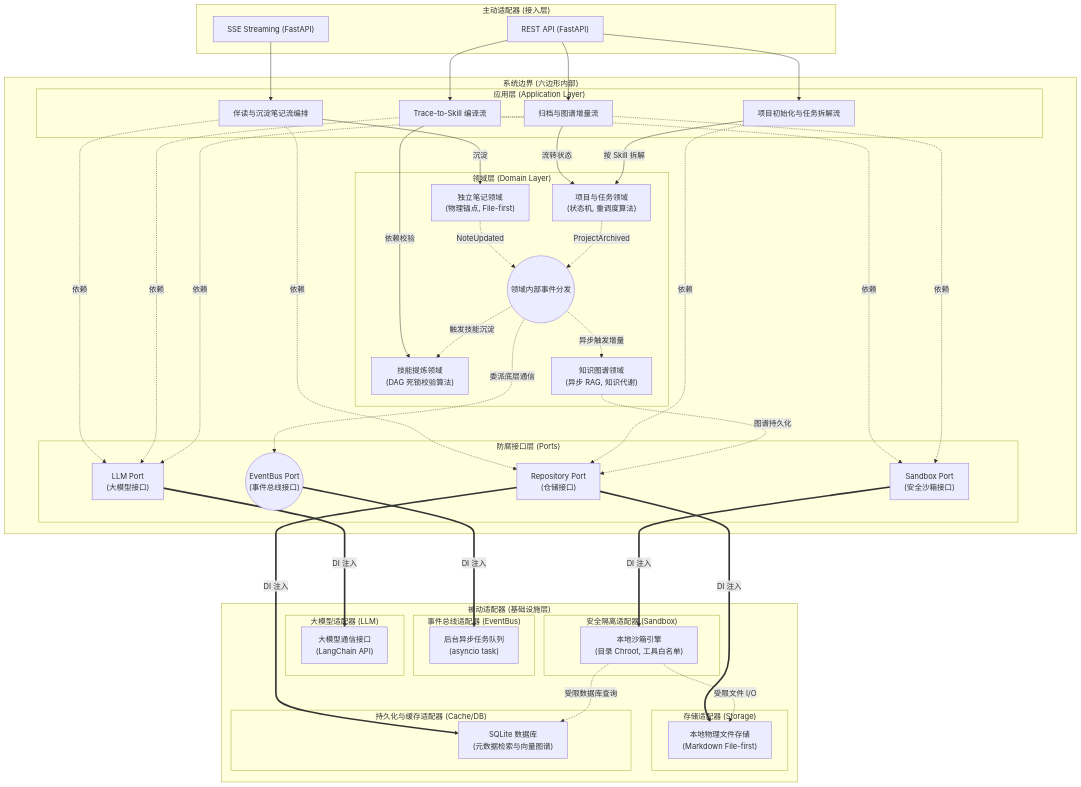
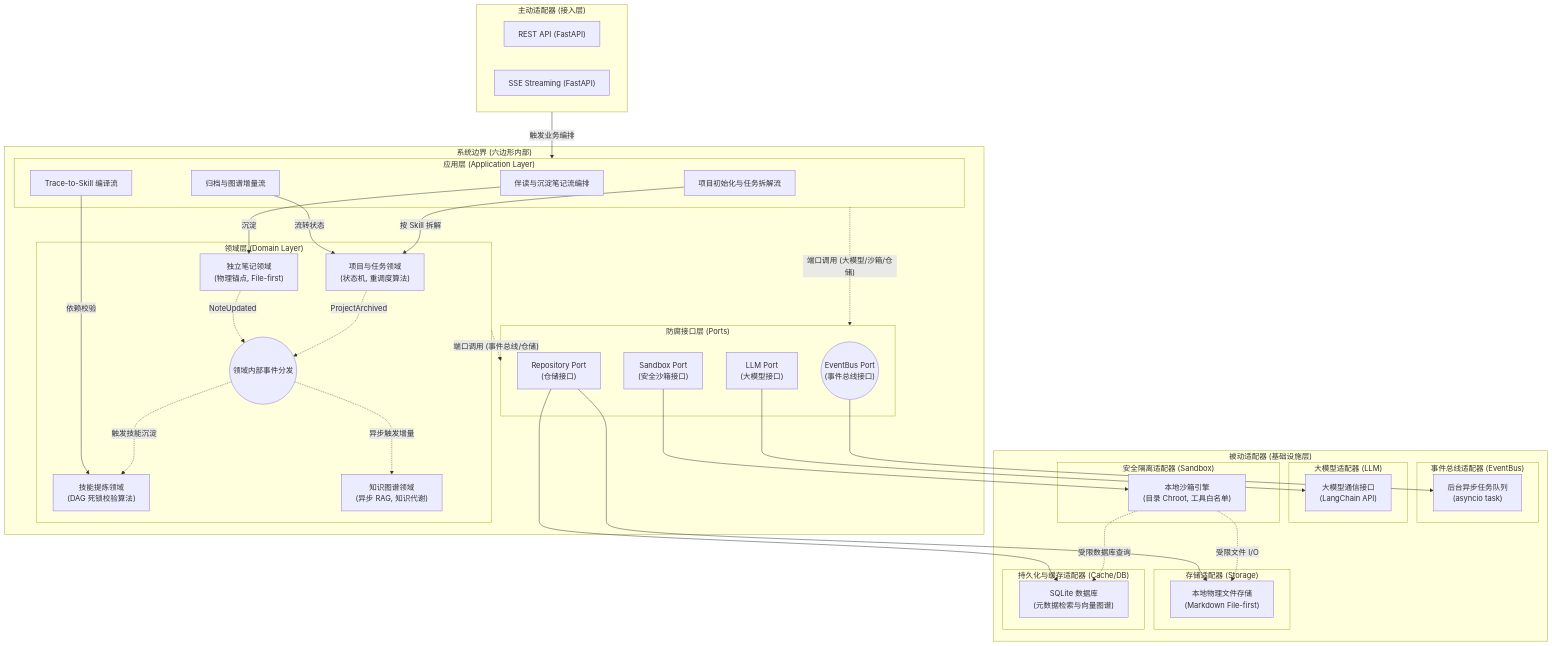
Before and after one commit to shanglihong/i-have-a-plan: the first of 3 diagrams in docs/06_system_architecture/backend_design_spec_v1.0.md, drawn with Mermaid.

Commit message:
docs: update backend design specification v1.0 architecture details

````diff
--- a/docs/06_system_architecture/backend_design_spec_v1.0.md
+++ b/docs/06_system_architecture/backend_design_spec_v1.0.md
@@ -87,19 +87,9 @@
         EventBus -.->|"异步触发增量"| GPH
         EventBus -.->|"触发技能沉淀"| SCS
         
-        %% 防腐抽离：核心业务统一向下依赖 Ports
-        UC1 -.->|"依赖"| Port_LLM
-        UC2 -.->|"依赖"| Port_LLM
-        UC3 -.->|"依赖"| Port_LLM
-        
-        UC2 -.->|"依赖"| Port_Sandbox
-        UC3 -.->|"依赖"| Port_Sandbox
-        
-        UC1 -.->|"依赖"| Port_DB
-        UC4 -.->|"依赖"| Port_DB
-        GPH -.->|"图谱持久化"| Port_DB
-        
-        EventBus -.->|"委派底层通信"| Port_EventBus
+        %% 防腐抽离：核心业务统一下沉依赖接口层
+        AppLayer -.->|"端口调用 (大模型/沙箱/仓储)"| Ports
+        DomainLayer -.->|"端口调用 (事件总线/仓储)"| Ports
     end
 
     subgraph DrivenAdapters ["被动适配器 (基础设施层)"]
@@ -120,20 +110,17 @@
         end
     end
 
-    %% 驱动流 (主动适配器 -> 应用层)
-    REST --> UC2
-    REST --> UC3
-    REST --> UC4
-    SSE --> UC1
+    %% 驱动流 (主动适配器单向驱动应用层)
+    DrivingAdapters -->|"触发业务编排"| AppLayer
     
-    %% 依赖反转: 基础设施向下实现端口 (运行时 DI)
-    Port_EventBus ===>|"DI 注入"| AsyncioBus
-    Port_LLM ===>|"DI 注入"| LLM
-    Port_Sandbox ===>|"DI 注入"| Sandbox
-    Port_DB ===>|"DI 注入"| FileStorage
-    Port_DB ===>|"DI 注入"| SQLiteDB
+    %% 基础设施实现端口 (层级映射)
+    Port_EventBus --> AsyncioBus
+    Port_LLM --> LLM
+    Port_Sandbox --> Sandbox
+    Port_DB --> FileStorage
+    Port_DB --> SQLiteDB
     
-    %% 沙箱底层 I/O (纯基础设施内部依赖)
+    %% 沙箱底层 I/O (基础设施内部依赖)
     Sandbox -.->|"受限文件 I/O"| FileStorage
     Sandbox -.->|"受限数据库查询"| SQLiteDB
 ```
````
